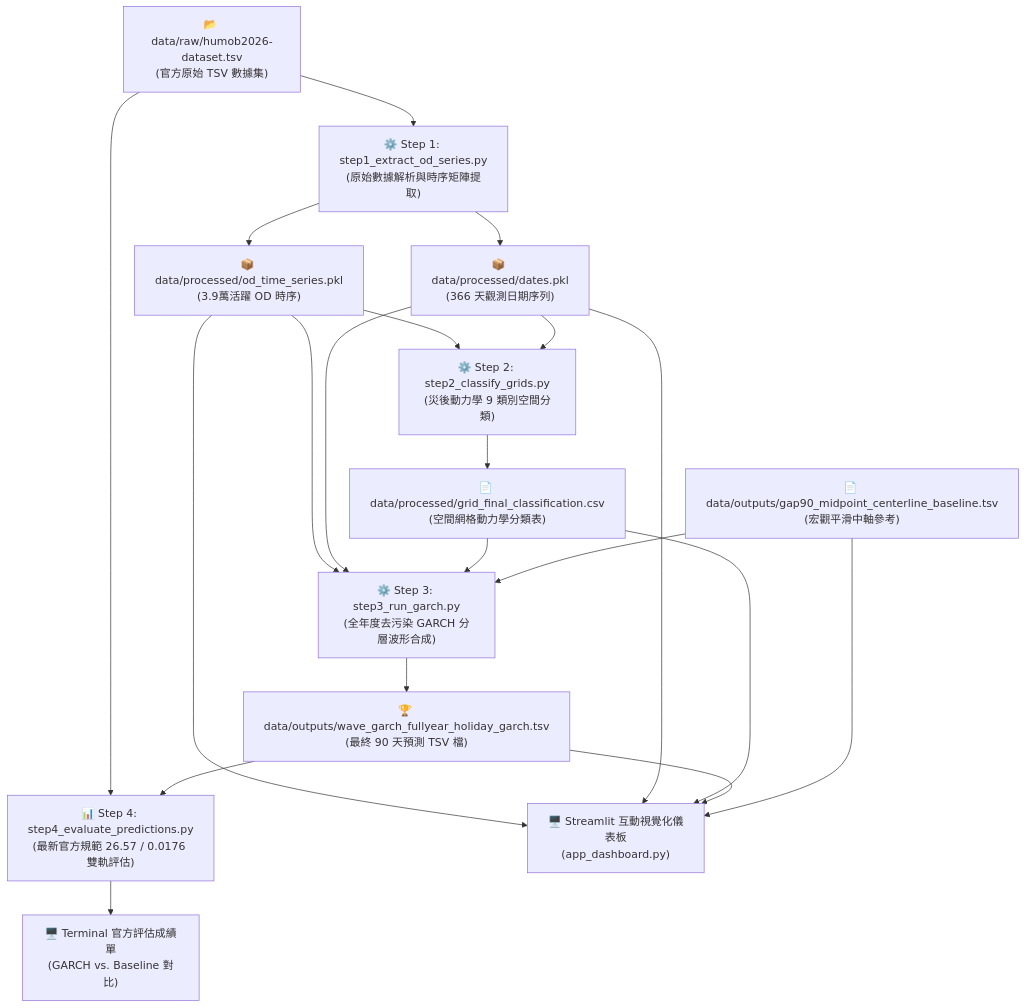
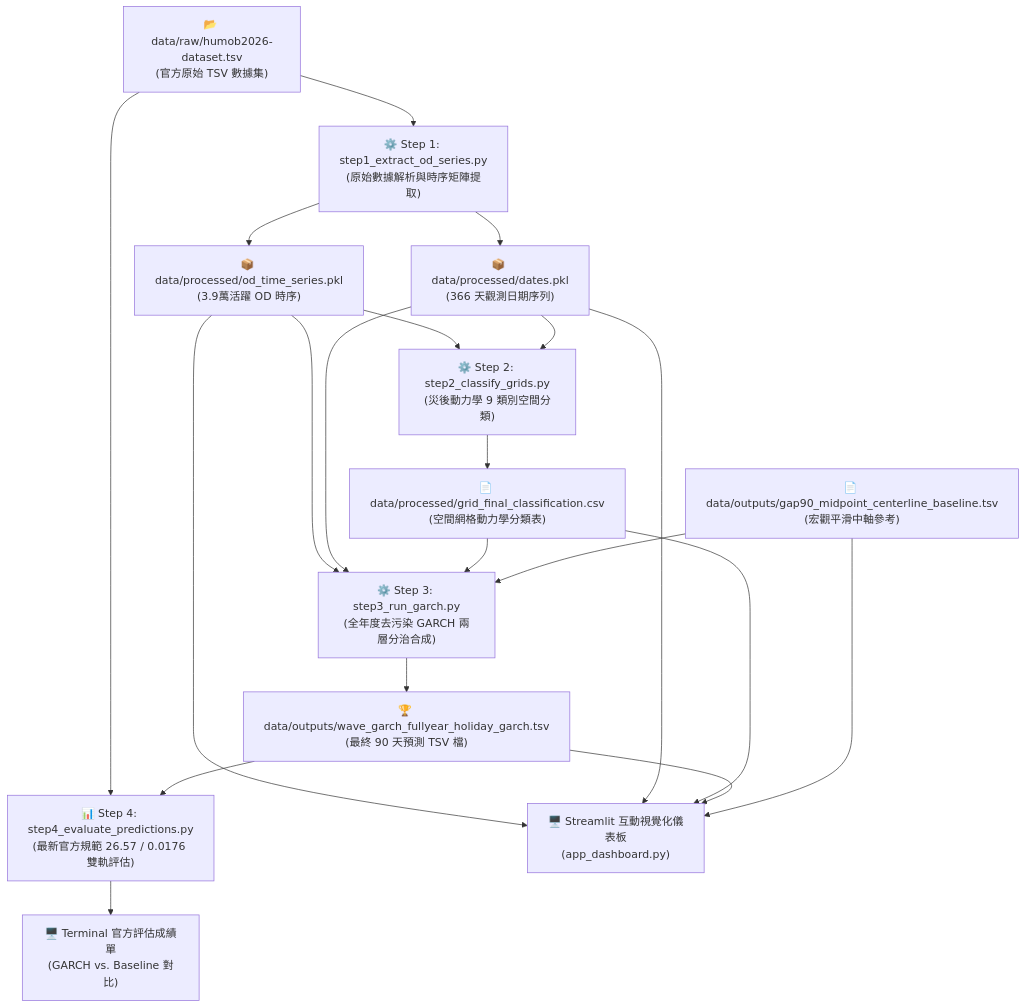
The diagram in humob2026_garch/DATA_PROCESSING_PIPELINE.md (stevenlee941124/humob_methods), drawn with Mermaid before and after one commit. The commit also changed other lines of this file and 1 other file, not shown here.

Commit message:
docs: Deeply expand mathematical specification and pipeline guide with two-layer decision architecture

````diff
--- a/humob2026_garch/DATA_PROCESSING_PIPELINE.md
+++ b/humob2026_garch/DATA_PROCESSING_PIPELINE.md
@@ -9,20 +9,20 @@
 ```mermaid
 flowchart TD
     A["📂 data/raw/humob2026-dataset.tsv<br>(官方原始 TSV 數據集)"] --> B["⚙️ Step 1: step1_extract_od_series.py<br>(原始數據解析與時序矩陣提取)"]
     
     B --> C["📦 data/processed/od_time_series.pkl<br>(3.9萬活躍 OD 時序)"]
     B --> D["📦 data/processed/dates.pkl<br>(366 天觀測日期序列)"]
     
     C & D --> E["⚙️ Step 2: step2_classify_grids.py<br>(災後動力學 9 類別空間分類)"]
     E --> F["📄 data/processed/grid_final_classification.csv<br>(空間網格動力學分類表)"]
     
-    C & D & F --> G["⚙️ Step 3: step3_run_garch.py<br>(全年度去污染 GARCH 分層波形合成)"]
+    C & D & F --> G["⚙️ Step 3: step3_run_garch.py<br>(全年度去污染 GARCH 兩層分治合成)"]
     H["📄 data/outputs/gap90_midpoint_centerline_baseline.tsv<br>(宏觀平滑中軸參考)"] --> G
     
     G --> I["🏆 data/outputs/wave_garch_fullyear_holiday_garch.tsv<br>(最終 90 天預測 TSV 檔)"]
     
     A & I --> J["📊 Step 4: step4_evaluate_predictions.py<br>(最新官方規範 26.57 / 0.0176 雙軌評估)"]
     J --> K["🖥️ Terminal 官方評估成績單<br>(GARCH vs. Baseline 對比)"]
     
     C & D & F & I & H --> L["🖥️ Streamlit 互動視覺化儀表板<br>(app_dashboard.py)"]
 ```
````
